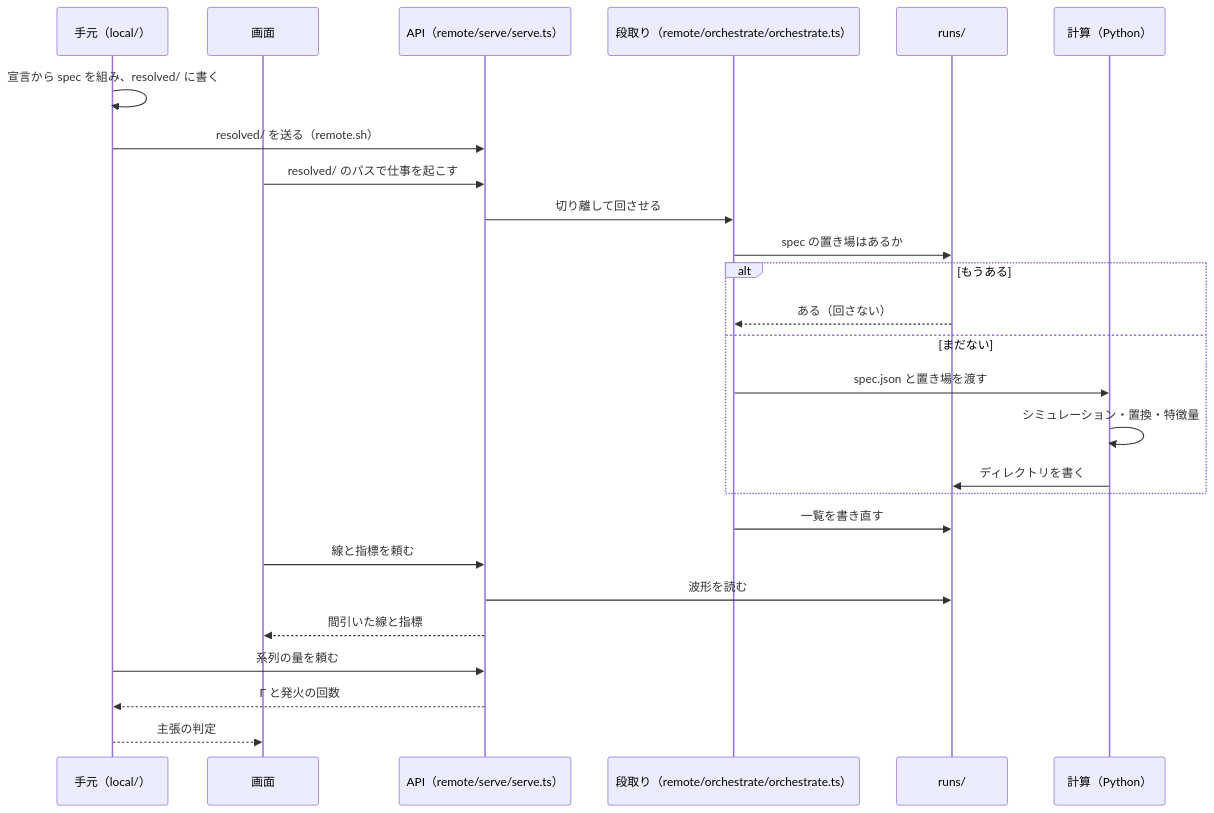
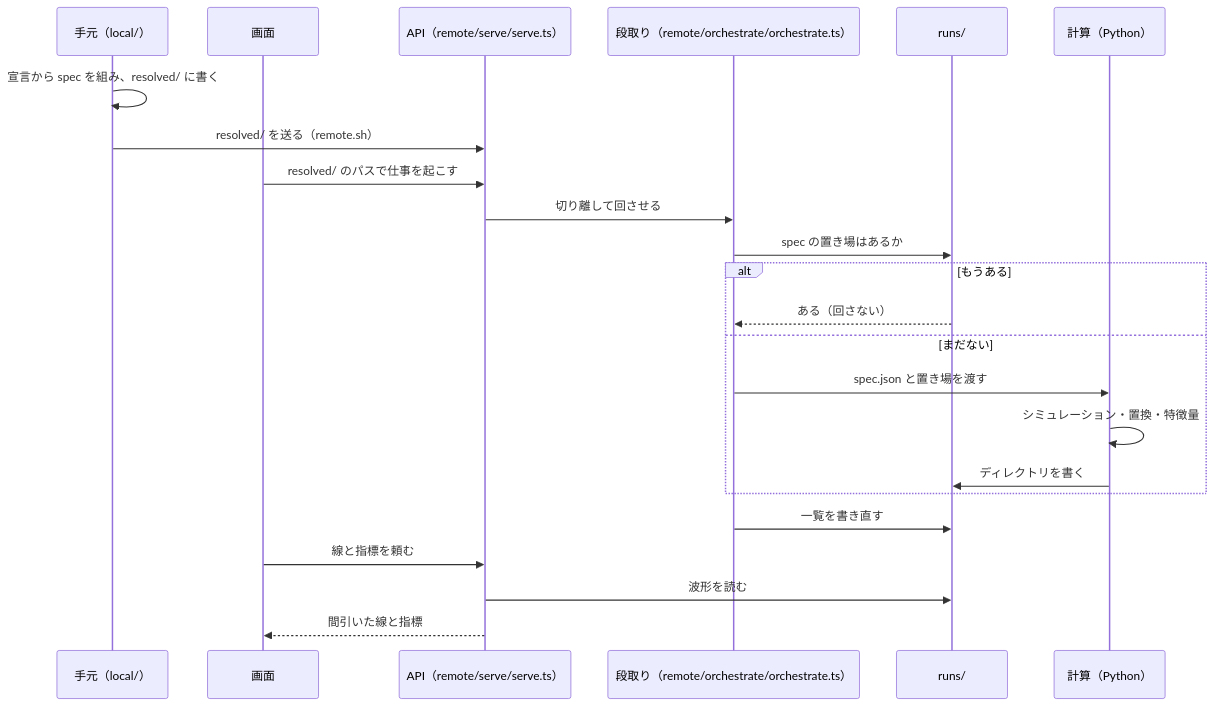
One commit to MunechikaHaruki/SINDyNeuroSurrogate changed the second of 3 diagrams in README.md. Above: the diagram before and after it, drawn with Mermaid. The commit also changed other lines of this file and 14 other files, not shown here.

````diff
--- a/README.md
+++ b/README.md
@@ -56,28 +55,25 @@
 ```mermaid
 sequenceDiagram
   participant L as 手元（local/）
   participant U as 画面
   participant A as API（remote/serve/serve.ts）
   participant O as 段取り（remote/orchestrate/orchestrate.ts）
   participant R as runs/
   participant P as 計算（Python）
   L->>L: 宣言から spec を組み、resolved/ に書く
   L->>A: resolved/ を送る（remote.sh）
   U->>A: resolved/ のパスで仕事を起こす
   A->>O: 切り離して回させる
   O->>R: spec の置き場はあるか
   alt もうある
     R-->>O: ある（回さない）
   else まだない
     O->>P: spec.json と置き場を渡す
     P->>P: シミュレーション・置換・特徴量
     P->>R: ディレクトリを書く
   end
   O->>R: 一覧を書き直す
   U->>A: 線と指標を頼む
   A->>R: 波形を読む
   A-->>U: 間引いた線と指標
-  L->>A: 系列の量を頼む
-  A-->>L: Γ と発火の回数
-  L-->>U: 主張の判定
 ```
````
